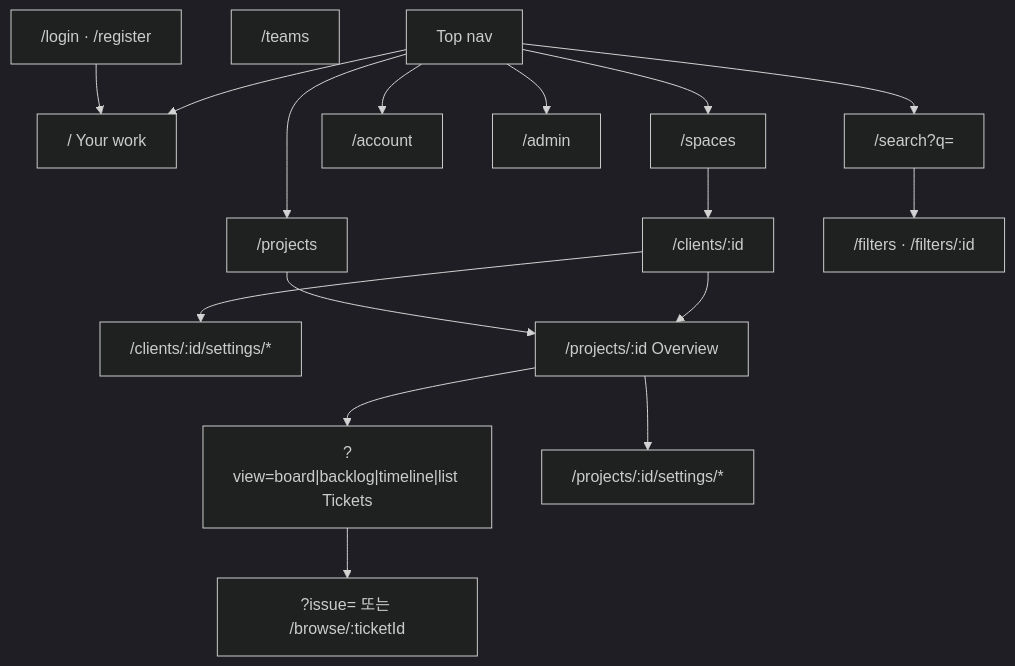
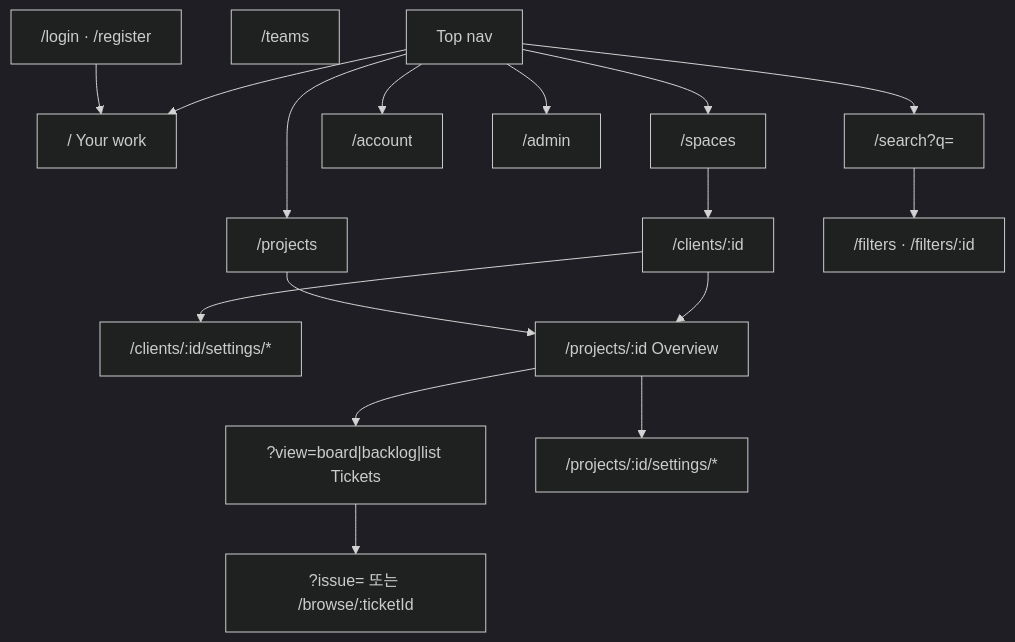
Before and after one commit to yoosungung/sw-factory: the diagram in frontend/ia/overview.md, drawn with Mermaid (dark theme). The commit also changed other lines of this file and 17 other files, not shown here.

First line of the commit message:
Merge Timeline into List and drop the Tickets Timeline segment.

````diff
--- a/frontend/ia/overview.md
+++ b/frontend/ia/overview.md
@@ -36,34 +36,34 @@
 ```mermaid
 flowchart TB
   Auth["/login · /register"]
   YW["/  Your work"]
   Home["/projects"]
   Spaces["/spaces"]
   Space["/clients/:id"]
   SpaceSet["/clients/:id/settings/*"]
   Proj["/projects/:id Overview"]
-  Views["?view=board|backlog|timeline|list Tickets"]
+  Views["?view=board|backlog|list Tickets"]
   PSet["/projects/:id/settings/*"]
   Filters["/filters · /filters/:id"]
   Teams["/teams"]
   Account["/account"]
   Admin["/admin"]
   Search["/search?q="]
   Issue["?issue= 또는 /browse/:ticketId"]
 
   Auth --> YW
   Top[Top nav] --> Spaces
   Top --> Home
   Top --> YW
   Top --> Search
   Top --> Account
   Top --> Admin
   Spaces --> Space
   Home --> Proj
   Space --> Proj
   Proj --> Views
   Views --> Issue
   Space --> SpaceSet
   Proj --> PSet
   Search --> Filters
 ```
````
